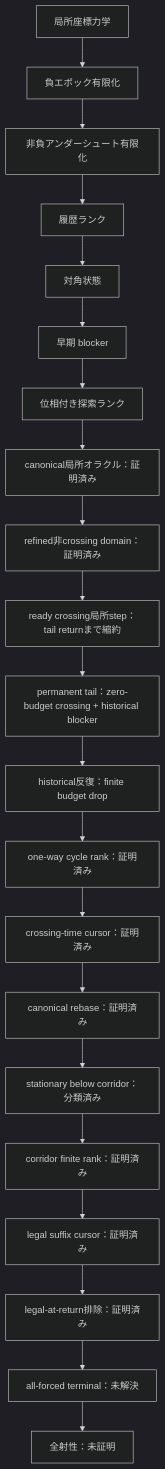
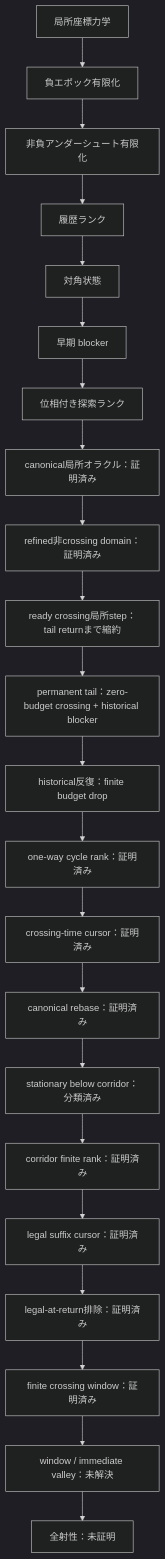
The diagram in README.md (hirokidaichi/recaman-lean-research), drawn with Mermaid (dark theme) before and after one commit. The commit also changed other lines of this file and 9 other files, not shown here.

Commit message:
theorem: bound terminal crossing windows

````diff
--- a/README.md
+++ b/README.md
@@ -121,23 +126,24 @@
 ```mermaid
 flowchart TD
     A["局所座標力学"] --> B["負エポック有限化"]
     B --> C["非負アンダーシュート有限化"]
     C --> D["履歴ランク"]
     D --> E["対角状態"]
     E --> F["早期 blocker"]
     F --> G["位相付き探索ランク"]
     G --> H["canonical局所オラクル：証明済み"]
     H --> I["refined非crossing domain：証明済み"]
     I --> J["ready crossing局所step：tail returnまで縮約"]
     J --> K["permanent tail：zero-budget crossing + historical blocker"]
     K --> L["historical反復：finite budget drop"]
     L --> M["one-way cycle rank：証明済み"]
     M --> N["crossing-time cursor：証明済み"]
     N --> O["canonical rebase：証明済み"]
     O --> P["stationary below corridor：分類済み"]
     P --> Q["corridor finite rank：証明済み"]
     Q --> R["legal suffix cursor：証明済み"]
     R --> S["legal-at-return排除：証明済み"]
-    S --> T["all-forced terminal：未解決"]
-    T --> U["全射性：未証明"]
+    S --> T["finite crossing window：証明済み"]
+    T --> U["window / immediate valley：未解決"]
+    U --> V["全射性：未証明"]
 ```
````
